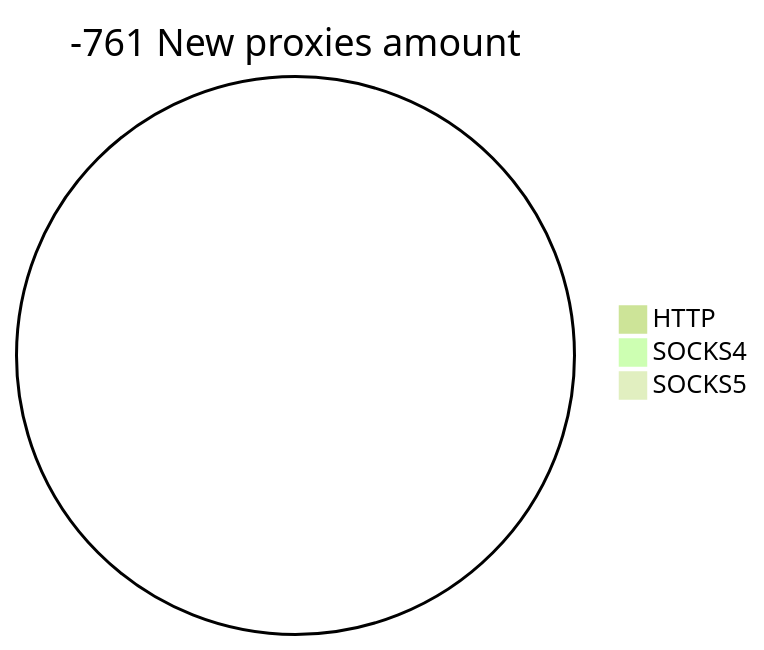
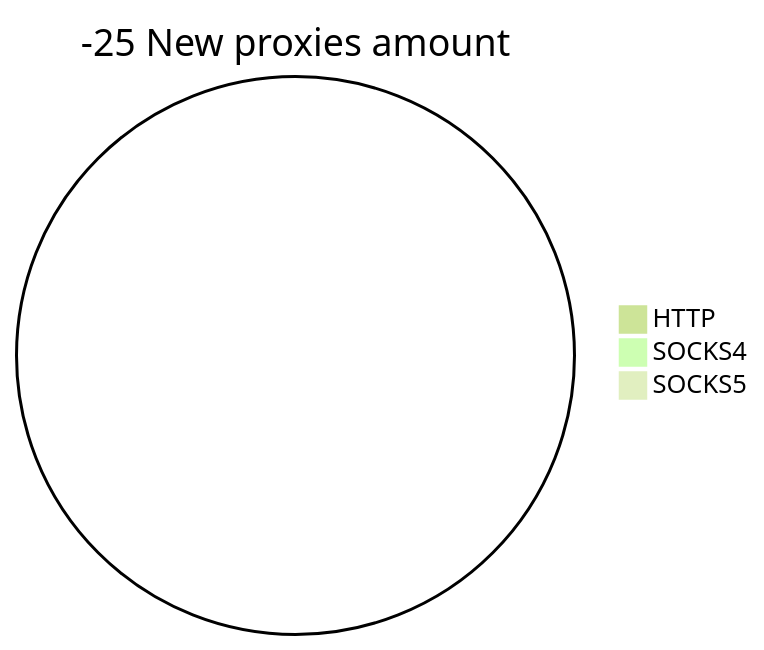
One commit to cutipu/proxylist changed the second of 2 diagrams in README.md. Above: the diagram before and after it, drawn with Mermaid (forest theme). The commit also changed other lines of this file, not shown here.

````diff
--- a/README.md
+++ b/README.md
@@ -10,6 +10,6 @@
 ```mermaid
-pie title -761 New proxies amount
+pie title -25 New proxies amount
     "HTTP" : 0
     "SOCKS4" : 0
     "SOCKS5" : 0
 ```
````
